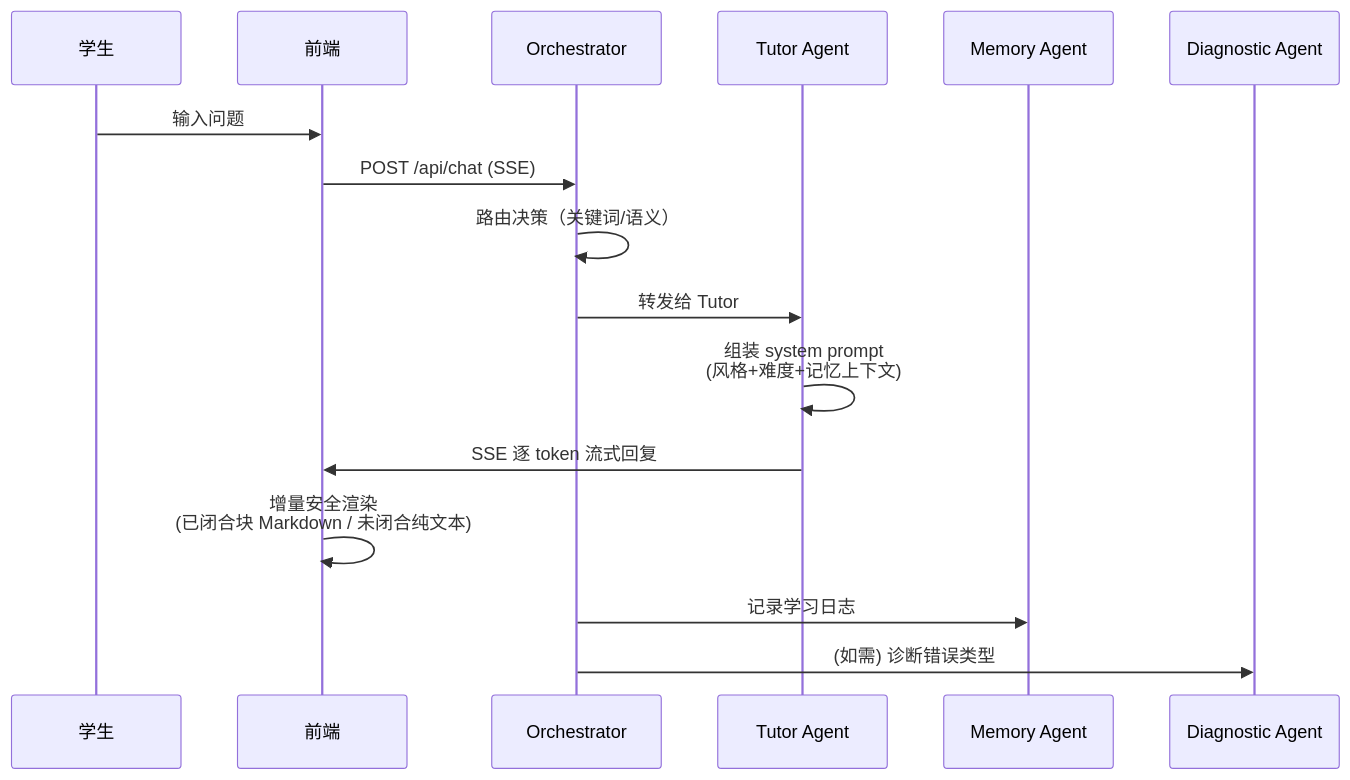
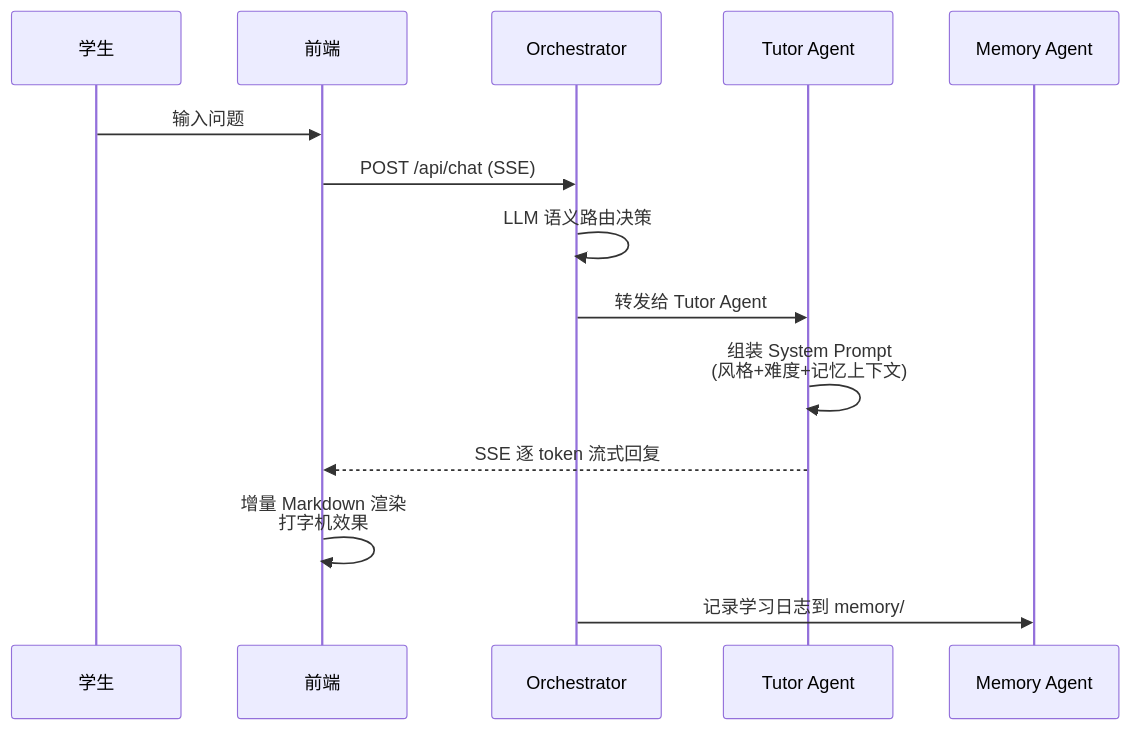
One commit to nothasson/MindFlow changed the second of 6 diagrams in README.md. Above: the diagram before and after it, drawn with Mermaid. The commit also changed other lines of this file and 7 other files, not shown here.

````diff
--- a/README.md
+++ b/README.md
@@ -70,19 +132,17 @@
 ```mermaid
 sequenceDiagram
     participant U as 学生
     participant F as 前端
     participant O as Orchestrator
     participant T as Tutor Agent
     participant M as Memory Agent
-    participant D as Diagnostic Agent
 
     U->>F: 输入问题
     F->>O: POST /api/chat (SSE)
-    O->>O: 路由决策（关键词/语义）
-    O->>T: 转发给 Tutor
-    T->>T: 组装 system prompt<br/>(风格+难度+记忆上下文)
-    T->>F: SSE 逐 token 流式回复
-    F->>F: 增量安全渲染<br/>(已闭合块 Markdown / 未闭合纯文本)
-    O->>M: 记录学习日志
-    O->>D: (如需) 诊断错误类型
+    O->>O: LLM 语义路由决策
+    O->>T: 转发给 Tutor Agent
+    T->>T: 组装 System Prompt<br/>(风格+难度+记忆上下文)
+    T-->>F: SSE 逐 token 流式回复
+    F->>F: 增量 Markdown 渲染<br/>打字机效果
+    O->>M: 记录学习日志到 memory/
 ```
````
